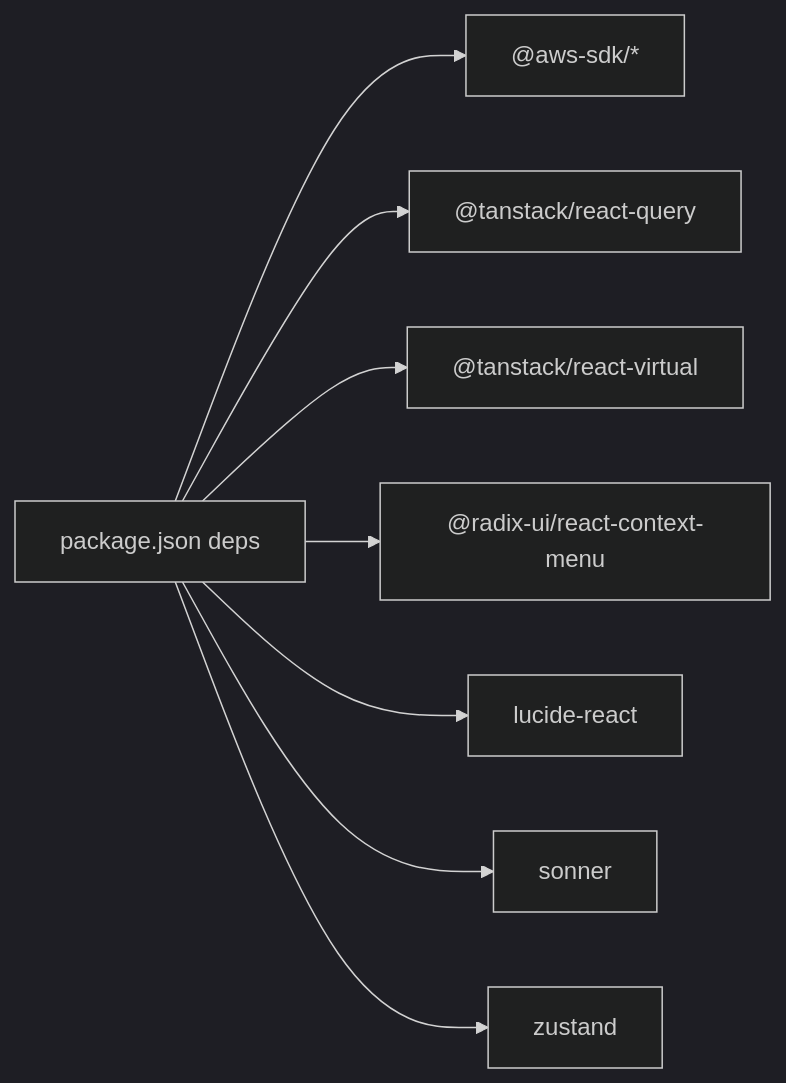
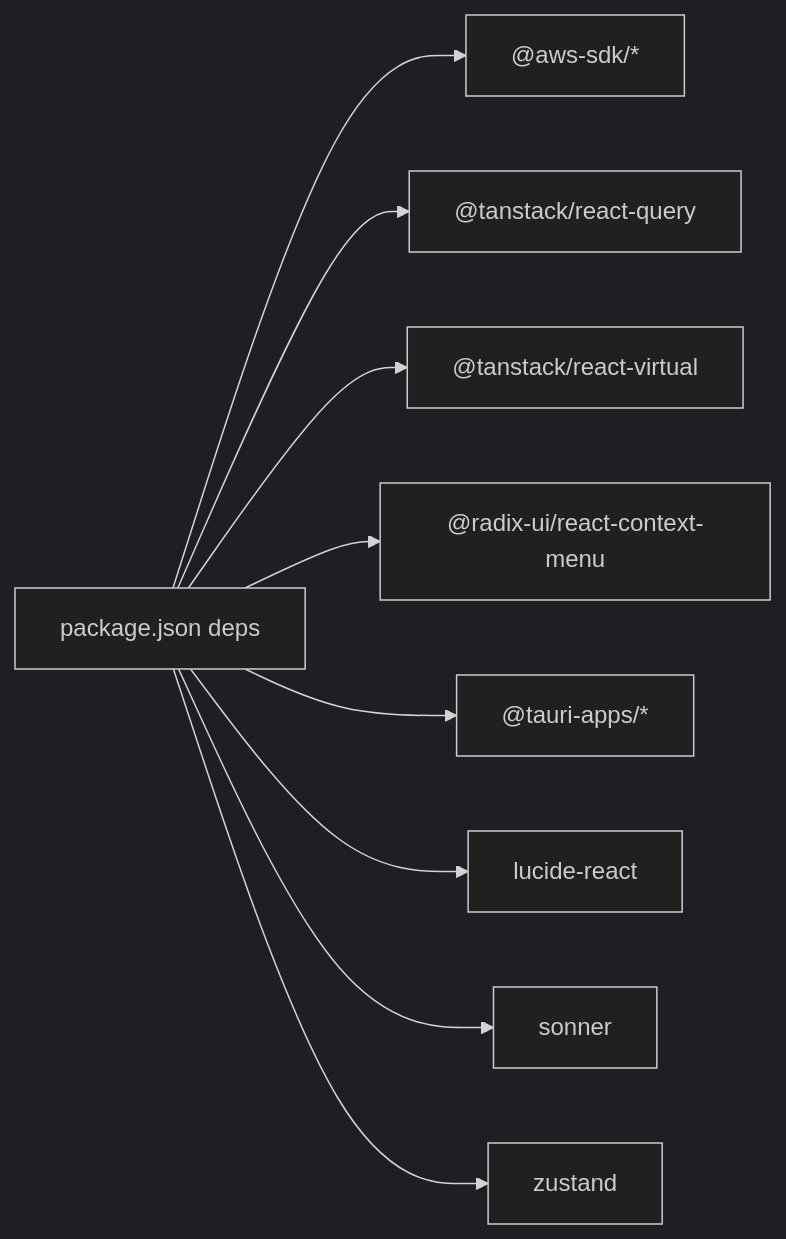
Before and after one commit to nasrulhadi/s3-explorer: the tenth of 10 diagrams in .qoder/repowiki/en/content/UI Components.md, drawn with Mermaid (dark theme). The commit also changed other lines of this file and 44 other files, not shown here.

````diff
--- a/.qoder/repowiki/en/content/UI Components.md
+++ b/.qoder/repowiki/en/content/UI Components.md
@@ -291,10 +567,11 @@
 ```mermaid
 graph LR
 DEPS["package.json deps"] --> AWS["@aws-sdk/*"]
 DEPS --> QUERY["@tanstack/react-query"]
 DEPS --> VIRT["@tanstack/react-virtual"]
 DEPS --> RADIX["@radix-ui/react-context-menu"]
+DEPS --> TAURI["@tauri-apps/*"]
 DEPS --> LUCIDE["lucide-react"]
 DEPS --> SONNER["sonner"]
 DEPS --> ZUSTAND["zustand"]
 ```
````
